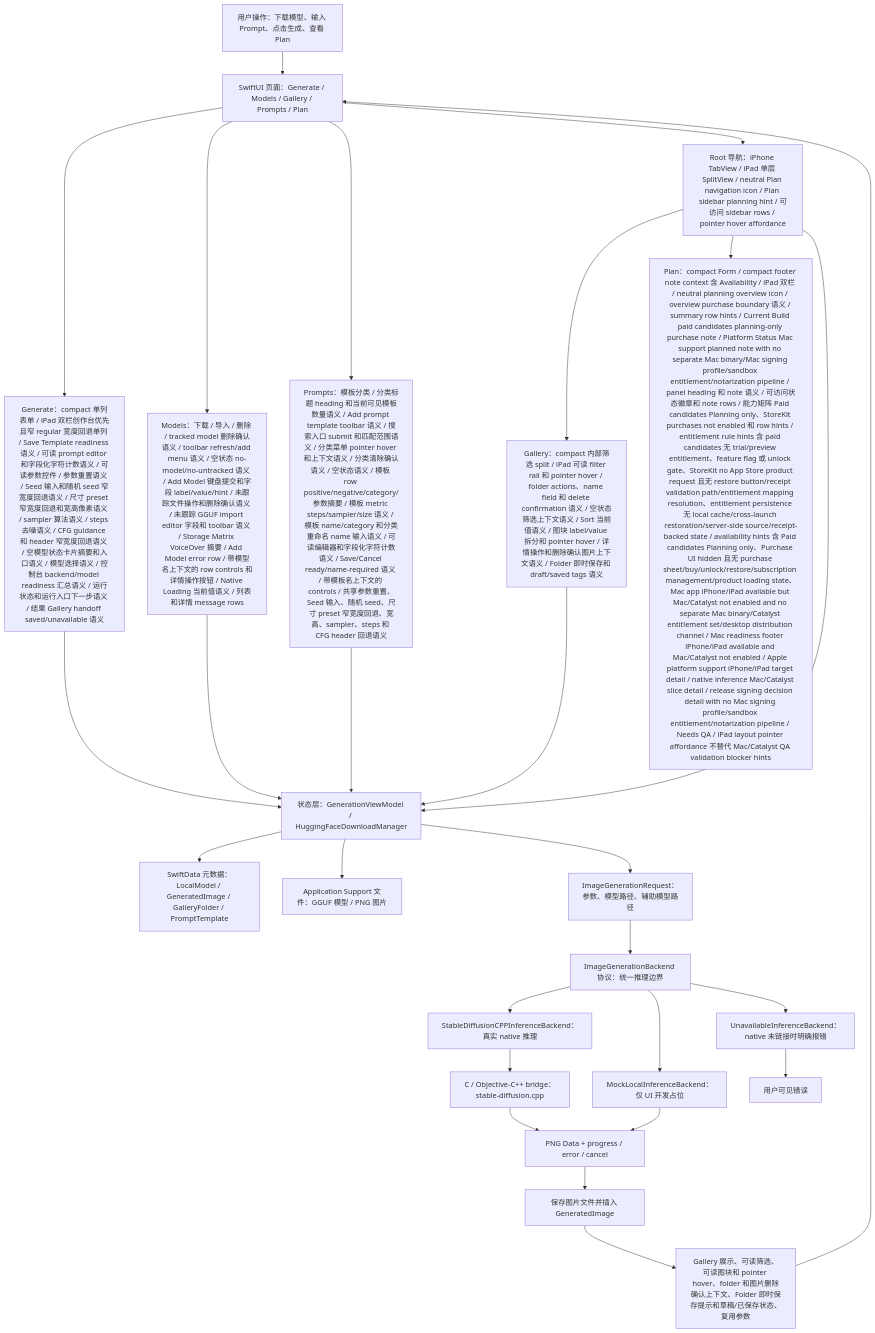
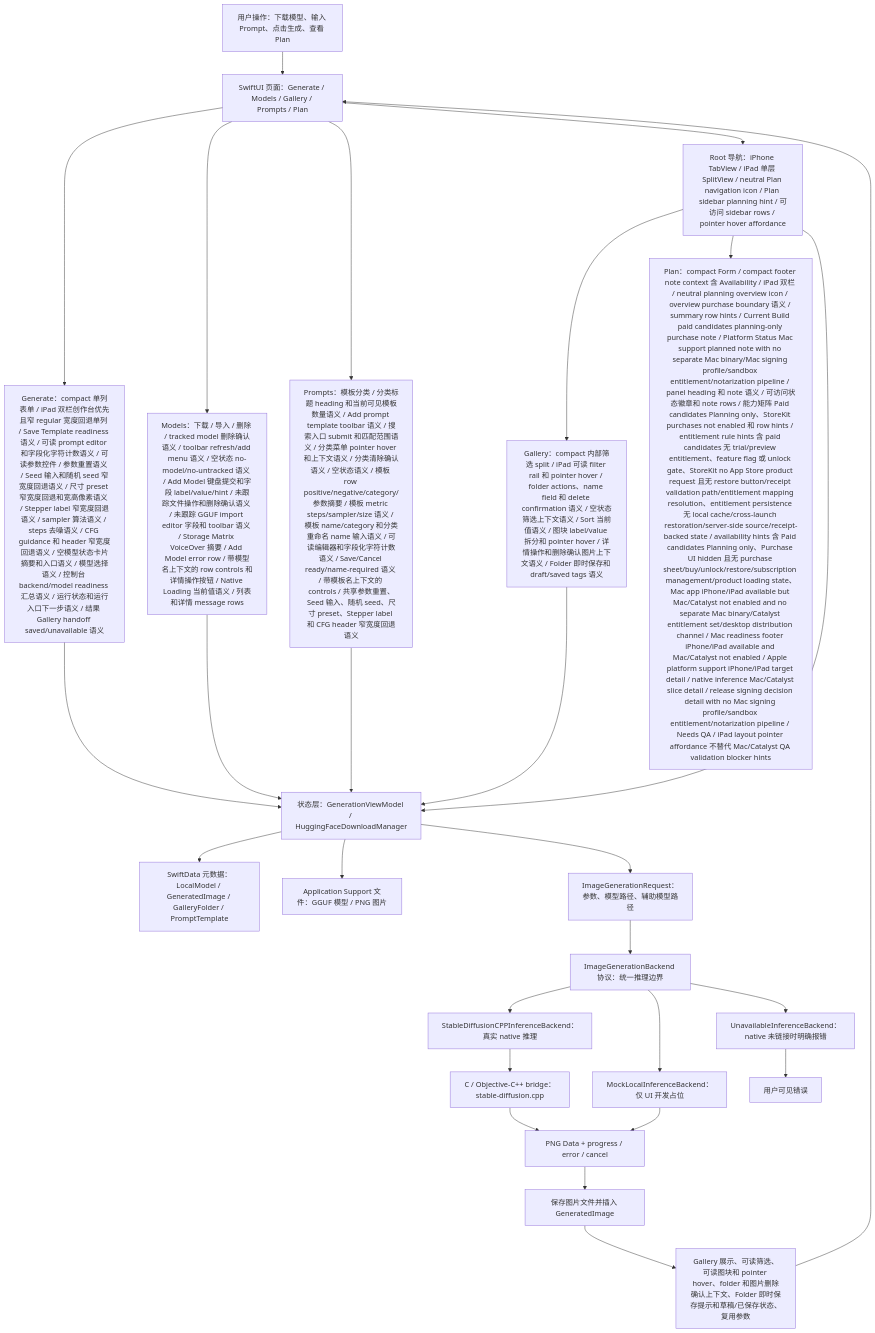
The first of 7 diagrams in md/flow/flowchart.md (Altman-sam114/118), drawn with Mermaid before and after one commit. The commit also changed 5 other files, not shown here.

First line of the commit message:
v1.123: Stepper label width fallback

````diff
--- a/md/flow/flowchart.md
+++ b/md/flow/flowchart.md
@@ -9,29 +9,29 @@
 ```mermaid
 flowchart TD
   U["用户操作：下载模型、输入 Prompt、点击生成、查看 Plan"] --> UI["SwiftUI 页面：Generate / Models / Gallery / Prompts / Plan"]
-  UI --> GENUI["Generate：compact 单列表单 / iPad 双栏创作台优先且窄 regular 宽度回退单列 / Save Template readiness 语义 / 可读 prompt editor 和字段化字符计数语义 / 可读参数控件 / 参数重置语义 / Seed 输入和随机 seed 窄宽度回退语义 / 尺寸 preset 窄宽度回退和宽高像素语义 / sampler 算法语义 / steps 去噪语义 / CFG guidance 和 header 窄宽度回退语义 / 空模型状态卡片摘要和入口语义 / 模型选择语义 / 控制台 backend/model readiness 汇总语义 / 运行状态和运行入口下一步语义 / 结果 Gallery handoff saved/unavailable 语义"]
+  UI --> GENUI["Generate：compact 单列表单 / iPad 双栏创作台优先且窄 regular 宽度回退单列 / Save Template readiness 语义 / 可读 prompt editor 和字段化字符计数语义 / 可读参数控件 / 参数重置语义 / Seed 输入和随机 seed 窄宽度回退语义 / 尺寸 preset 窄宽度回退和宽高像素语义 / Stepper label 窄宽度回退语义 / sampler 算法语义 / steps 去噪语义 / CFG guidance 和 header 窄宽度回退语义 / 空模型状态卡片摘要和入口语义 / 模型选择语义 / 控制台 backend/model readiness 汇总语义 / 运行状态和运行入口下一步语义 / 结果 Gallery handoff saved/unavailable 语义"]
   UI --> MODELUI["Models：下载 / 导入 / 删除 / tracked model 删除确认语义 / toolbar refresh/add menu 语义 / 空状态 no-model/no-untracked 语义 / Add Model 键盘提交和字段 label/value/hint / 未跟踪文件操作和删除确认语义 / 未跟踪 GGUF import editor 字段和 toolbar 语义 / Storage Matrix VoiceOver 摘要 / Add Model error row / 带模型名上下文的 row controls 和详情操作按钮 / Native Loading 当前值语义 / 列表和详情 message rows"]
-  UI --> PROMPTUI["Prompts：模板分类 / 分类标题 heading 和当前可见模板数量语义 / Add prompt template toolbar 语义 / 搜索入口 submit 和匹配范围语义 / 分类菜单 pointer hover 和上下文语义 / 分类清除确认语义 / 空状态语义 / 模板 row positive/negative/category/参数摘要 / 模板 metric steps/sampler/size 语义 / 模板 name/category 和分类重命名 name 输入语义 / 可读编辑器和字段化字符计数语义 / Save/Cancel ready/name-required 语义 / 带模板名上下文的 controls / 共享参数重置、Seed 输入、随机 seed、尺寸 preset 窄宽度回退、宽高、sampler、steps 和 CFG header 回退语义"]
+  UI --> PROMPTUI["Prompts：模板分类 / 分类标题 heading 和当前可见模板数量语义 / Add prompt template toolbar 语义 / 搜索入口 submit 和匹配范围语义 / 分类菜单 pointer hover 和上下文语义 / 分类清除确认语义 / 空状态语义 / 模板 row positive/negative/category/参数摘要 / 模板 metric steps/sampler/size 语义 / 模板 name/category 和分类重命名 name 输入语义 / 可读编辑器和字段化字符计数语义 / Save/Cancel ready/name-required 语义 / 带模板名上下文的 controls / 共享参数重置、Seed 输入、随机 seed、尺寸 preset、Stepper label 和 CFG header 窄宽度回退语义"]
   UI --> NAV["Root 导航：iPhone TabView / iPad 单层 SplitView / neutral Plan navigation icon / Plan sidebar planning hint / 可访问 sidebar rows / pointer hover affordance"]
   NAV --> GALUI["Gallery：compact 内部筛选 split / iPad 可读 filter rail 和 pointer hover / folder actions、name field 和 delete confirmation 语义 / 空状态筛选上下文语义 / Sort 当前值语义 / 图块 label/value 拆分和 pointer hover / 详情操作和删除确认图片上下文语义 / Folder 即时保存和 draft/saved tags 语义"]
   NAV --> PLANUI["Plan：compact Form / compact footer note context 含 Availability / iPad 双栏 / neutral planning overview icon / overview purchase boundary 语义 / summary row hints / Current Build paid candidates planning-only purchase note / Platform Status Mac support planned note with no separate Mac binary/Mac signing profile/sandbox entitlement/notarization pipeline / panel heading 和 note 语义 / 可访问状态徽章和 note rows / 能力矩阵 Paid candidates Planning only、StoreKit purchases not enabled 和 row hints / entitlement rule hints 含 paid candidates 无 trial/preview entitlement、feature flag 或 unlock gate、StoreKit no App Store product request 且无 restore button/receipt validation path/entitlement mapping resolution、entitlement persistence 无 local cache/cross-launch restoration/server-side source/receipt-backed state / availability hints 含 Paid candidates Planning only、Purchase UI hidden 且无 purchase sheet/buy/unlock/restore/subscription management/product loading state、Mac app iPhone/iPad available but Mac/Catalyst not enabled and no separate Mac binary/Catalyst entitlement set/desktop distribution channel / Mac readiness footer iPhone/iPad available and Mac/Catalyst not enabled / Apple platform support iPhone/iPad target detail / native inference Mac/Catalyst slice detail / release signing decision detail with no Mac signing profile/sandbox entitlement/notarization pipeline / Needs QA / iPad layout pointer affordance 不替代 Mac/Catalyst QA validation blocker hints"]
   NAV --> VM["状态层：GenerationViewModel / HuggingFaceDownloadManager"]
   GENUI --> VM
   MODELUI --> VM
   PROMPTUI --> VM
   GALUI --> VM
   VM --> SD["SwiftData 元数据：LocalModel / GeneratedImage / GalleryFolder / PromptTemplate"]
   VM --> FS["Application Support 文件：GGUF 模型 / PNG 图片"]
   VM --> REQ["ImageGenerationRequest：参数、模型路径、辅助模型路径"]
   REQ --> IFACE["ImageGenerationBackend 协议：统一推理边界"]
   IFACE --> NATIVE["StableDiffusionCPPInferenceBackend：真实 native 推理"]
   IFACE --> MOCK["MockLocalInferenceBackend：仅 UI 开发占位"]
   IFACE --> OFF["UnavailableInferenceBackend：native 未链接时明确报错"]
   NATIVE --> BRIDGE["C / Objective-C++ bridge：stable-diffusion.cpp"]
   BRIDGE --> PNG["PNG Data + progress / error / cancel"]
   MOCK --> PNG
   OFF --> ERR["用户可见错误"]
   PNG --> SAVE["保存图片文件并插入 GeneratedImage"]
   SAVE --> GALLERY["Gallery 展示、可读筛选、可读图块和 pointer hover、folder 和图片删除确认上下文、Folder 即时保存提示和草稿/已保存状态、复用参数"]
   GALLERY --> UI
 ```
````
